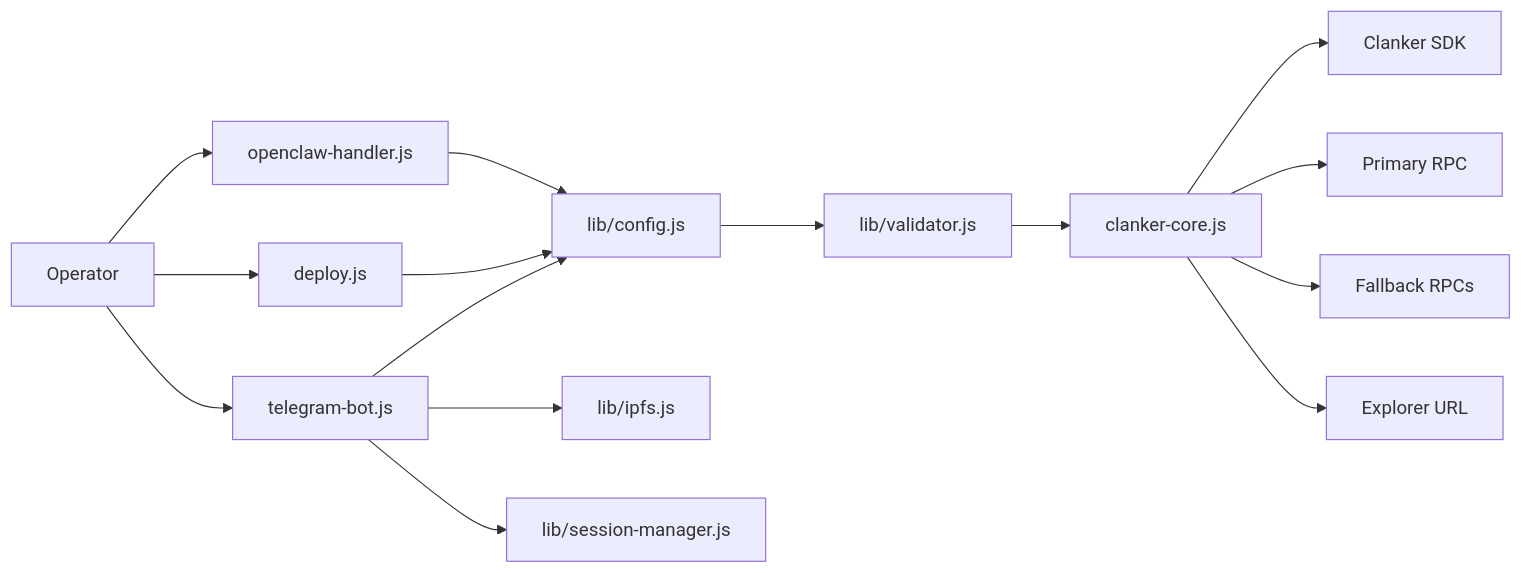
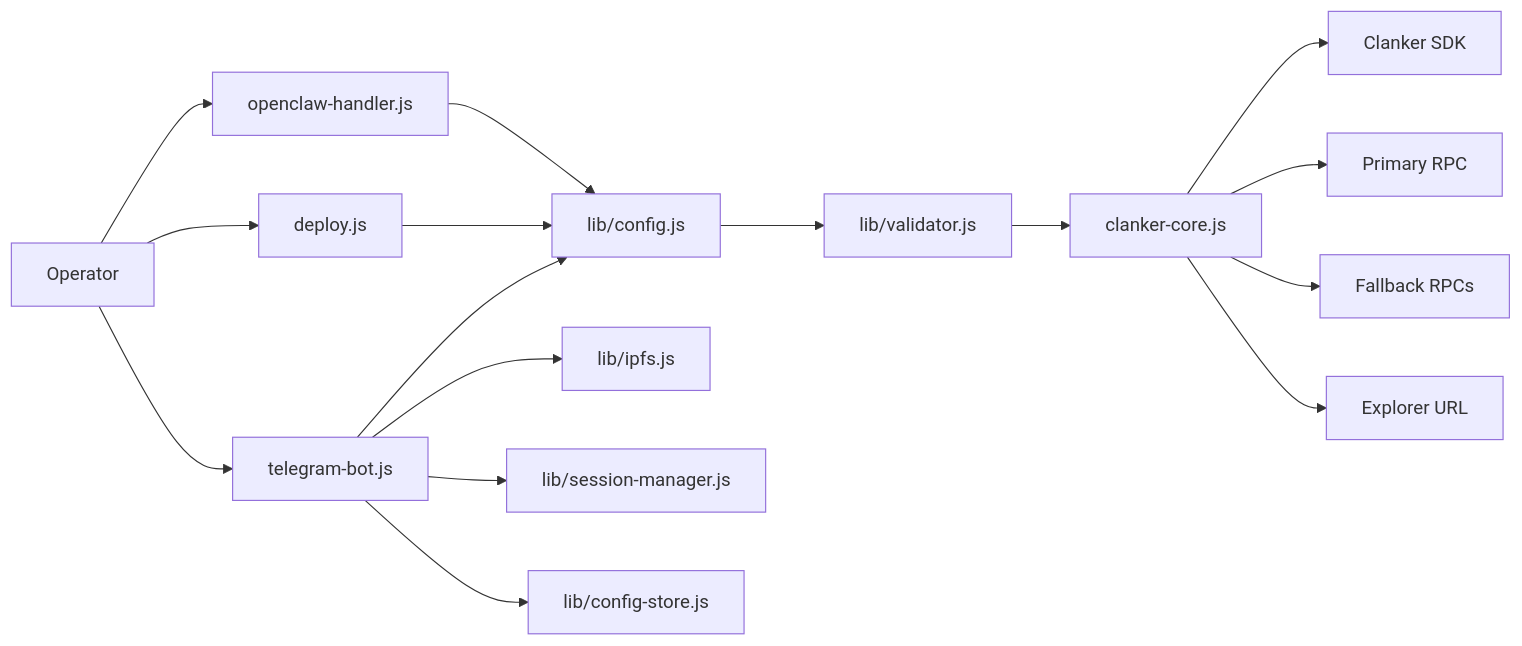
One commit to Timcuan/clank-and-claw changed the first of 4 diagrams in docs/SYSTEM_ARCHITECTURE.md. Above: the diagram before and after it, drawn with Mermaid. The commit also changed other lines of this file and 13 other files, not shown here.

Commit message:
Harden IPFS local-first flow and add persistent config store

````diff
--- a/docs/SYSTEM_ARCHITECTURE.md
+++ b/docs/SYSTEM_ARCHITECTURE.md
@@ -9,21 +9,22 @@
 ```mermaid
 flowchart LR
     OP[Operator] --> TG[telegram-bot.js]
     OP --> CLI[deploy.js]
     OP --> OC[openclaw-handler.js]
 
     TG --> CFG[lib/config.js]
     CLI --> CFG
     OC --> CFG
 
     CFG --> VAL[lib/validator.js]
     VAL --> CORE[clanker-core.js]
 
     TG --> IPFS[lib/ipfs.js]
     TG --> SES[lib/session-manager.js]
+    TG --> CST[lib/config-store.js]
 
     CORE --> SDK[Clanker SDK]
     CORE --> RPCP[Primary RPC]
     CORE --> RPCF[Fallback RPCs]
     CORE --> EX[Explorer URL]
 ```
````
